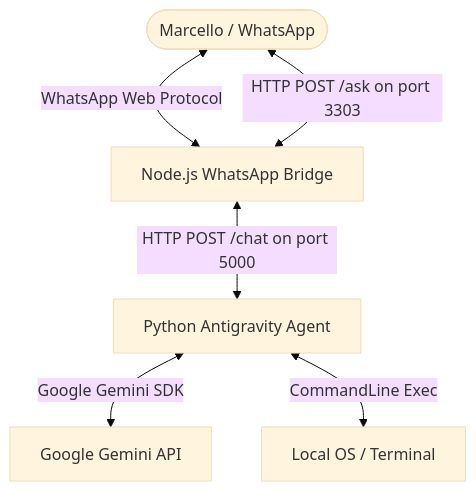
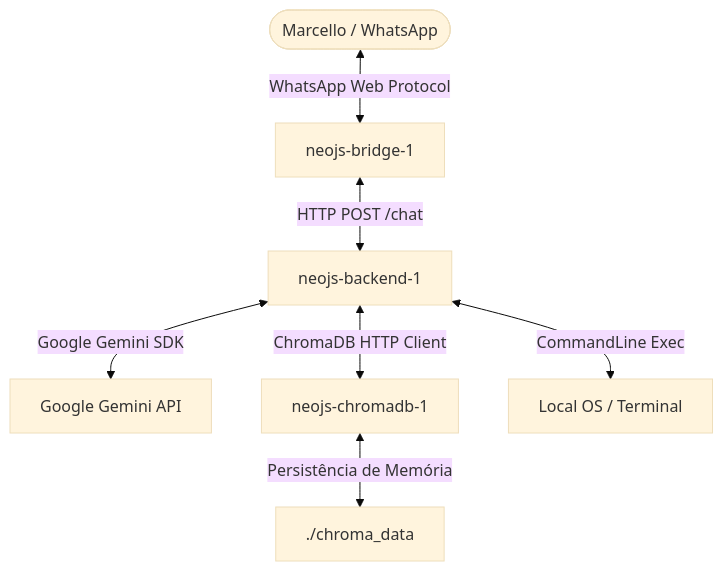
Before and after one commit to marcellopato/neo-js: the diagram in README.md, drawn with Mermaid (base theme). The commit also changed other lines of this file and 13 other files, not shown here.

Commit message:
feat: migrate to docker architecture with long-term memory

````diff
--- a/README.md
+++ b/README.md
@@ -14,8 +13,9 @@
 ```mermaid
 graph TD
-    User([Marcello / WhatsApp]) <-->|WhatsApp Web Protocol| Bridge[Node.js WhatsApp Bridge]
-    Bridge <-->|HTTP POST /chat on port 5000| Backend[Python Antigravity Agent]
+    User([Marcello / WhatsApp]) <-->|WhatsApp Web Protocol| Bridge[neojs-bridge-1]
+    Bridge <-->|HTTP POST /chat| Backend[neojs-backend-1]
     Backend <-->|Google Gemini SDK| GeminiAPI[Google Gemini API]
+    Backend <-->|ChromaDB HTTP Client| ChromaDB[neojs-chromadb-1]
     Backend <-->|CommandLine Exec| OS[Local OS / Terminal]
-    Bridge <-->|HTTP POST /ask on port 3303| User
+    ChromaDB <-->|Persistência de Memória| Volume[./chroma_data]
 ```
````
